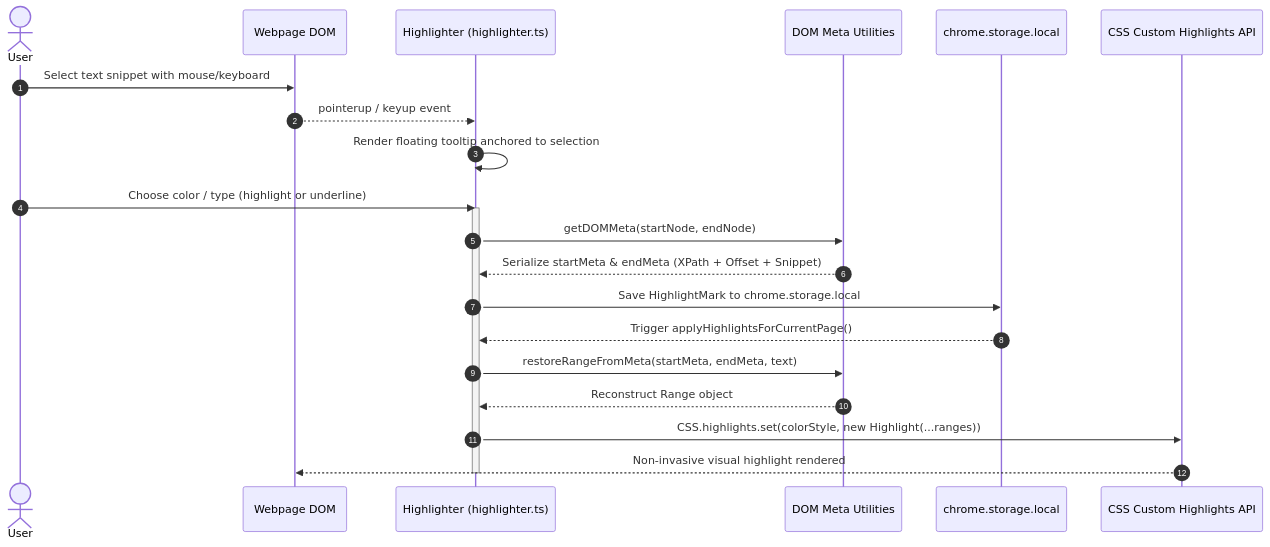
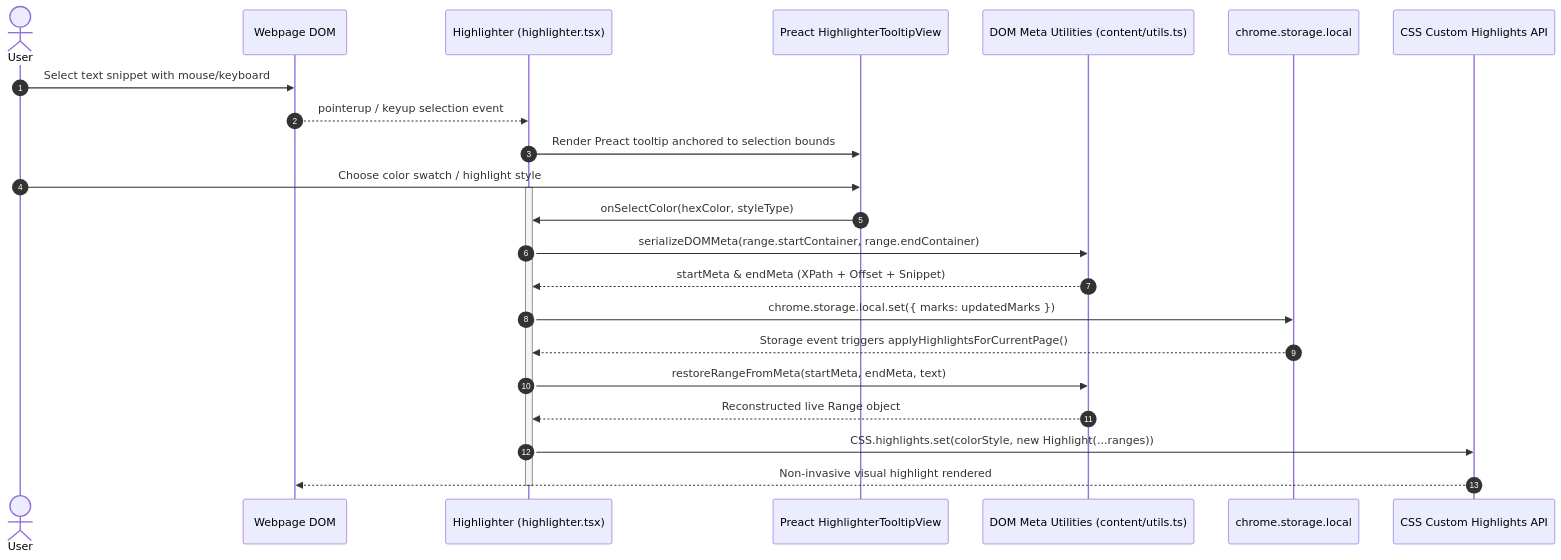
The diagram in docs/features/highlighter.md (sdeanmol/algomonster-fsrs-extension), drawn with Mermaid before and after one commit. The commit also changed other lines of this file and 11 other files, not shown here.

````diff
--- a/docs/features/highlighter.md
+++ b/docs/features/highlighter.md
@@ -11,25 +16,27 @@
 ```mermaid
 sequenceDiagram
     autonumber
     actor User
     participant Page as Webpage DOM
-    participant HL as Highlighter (highlighter.ts)
-    participant DOMMeta as DOM Meta Utilities
-    participant ST as chrome.storage.local
+    participant HL as Highlighter (highlighter.tsx)
+    participant Tooltip as Preact HighlighterTooltipView
+    participant DOMMeta as DOM Meta Utilities (content/utils.ts)
+    participant Storage as chrome.storage.local
     participant CSSAPI as CSS Custom Highlights API
 
     User->>Page: Select text snippet with mouse/keyboard
-    Page-->>HL: pointerup / keyup event
-    HL->>HL: Render floating tooltip anchored to selection
-    User->>HL: Choose color / type (highlight or underline)
+    Page-->>HL: pointerup / keyup selection event
+    HL->>Tooltip: Render Preact tooltip anchored to selection bounds
+    User->>Tooltip: Choose color swatch / highlight style
     activate HL
-    HL->>DOMMeta: getDOMMeta(startNode, endNode)
-    DOMMeta-->>HL: Serialize startMeta & endMeta (XPath + Offset + Snippet)
-    HL->>ST: Save HighlightMark to chrome.storage.local
-    ST-->>HL: Trigger applyHighlightsForCurrentPage()
+    Tooltip->>HL: onSelectColor(hexColor, styleType)
+    HL->>DOMMeta: serializeDOMMeta(range.startContainer, range.endContainer)
+    DOMMeta-->>HL: startMeta & endMeta (XPath + Offset + Snippet)
+    HL->>Storage: chrome.storage.local.set({ marks: updatedMarks })
+    Storage-->>HL: Storage event triggers applyHighlightsForCurrentPage()
     HL->>DOMMeta: restoreRangeFromMeta(startMeta, endMeta, text)
-    DOMMeta-->>HL: Reconstruct Range object
+    DOMMeta-->>HL: Reconstructed live Range object
     HL->>CSSAPI: CSS.highlights.set(colorStyle, new Highlight(...ranges))
     CSSAPI-->>Page: Non-invasive visual highlight rendered
     deactivate HL
 ```
````
